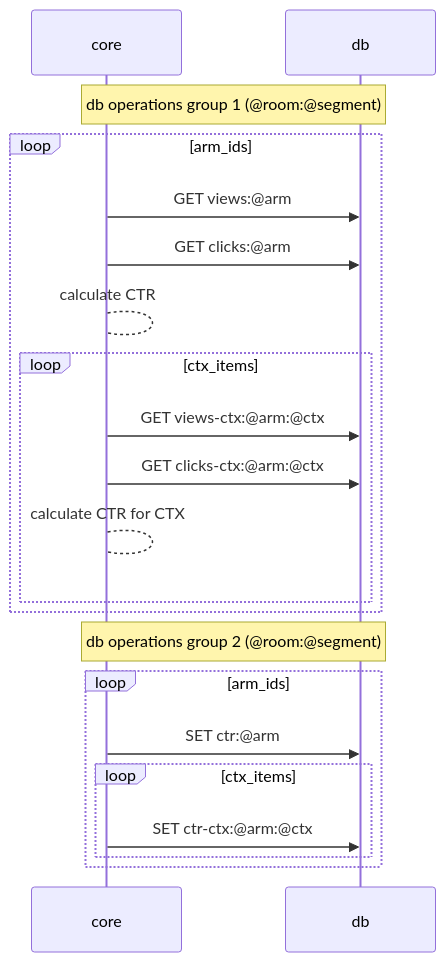
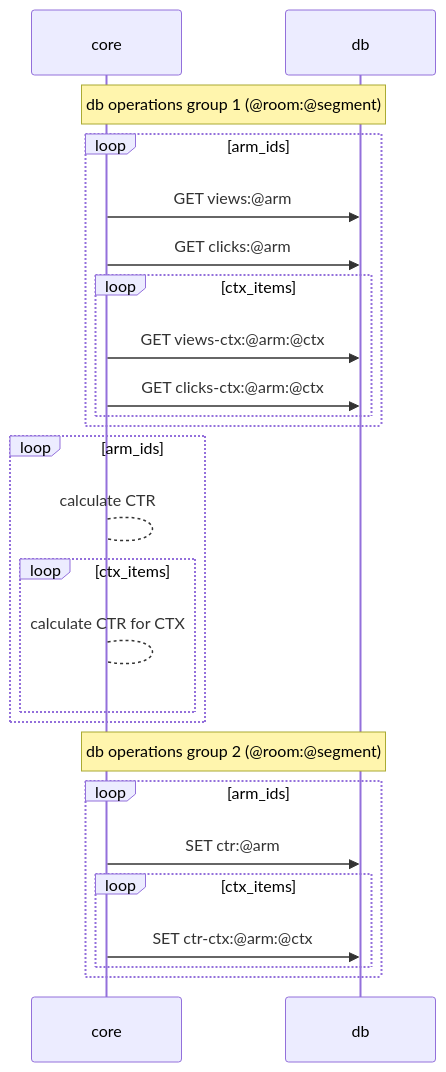
The first of 3 diagrams in README.md (mobarski/kraken), drawn with Mermaid before and after one commit. The commit also changed other lines of this file, not shown here.

````diff
--- a/README.md
+++ b/README.md
@@ -57,24 +57,29 @@
 ```mermaid
 sequenceDiagram
 
 note over core,db : db operations group 1 (@room:@segment)
 loop arm_ids
 core ->> db : GET views:@arm
 core ->> db : GET clicks:@arm
-core --> core : calculate CTR
 loop ctx_items
 core ->> db : GET views-ctx:@arm:@ctx
 core ->> db : GET clicks-ctx:@arm:@ctx
+end
+end
+
+loop arm_ids
+core --> core : calculate CTR
+loop ctx_items
 core --> core : calculate CTR for CTX
 end
 end
 
 note over core,db : db operations group 2 (@room:@segment)
 loop arm_ids
 core ->> db : SET ctr:@arm
 loop ctx_items
 core ->> db : SET ctr-ctx:@arm:@ctx
 end
 end
 
 ```
````
